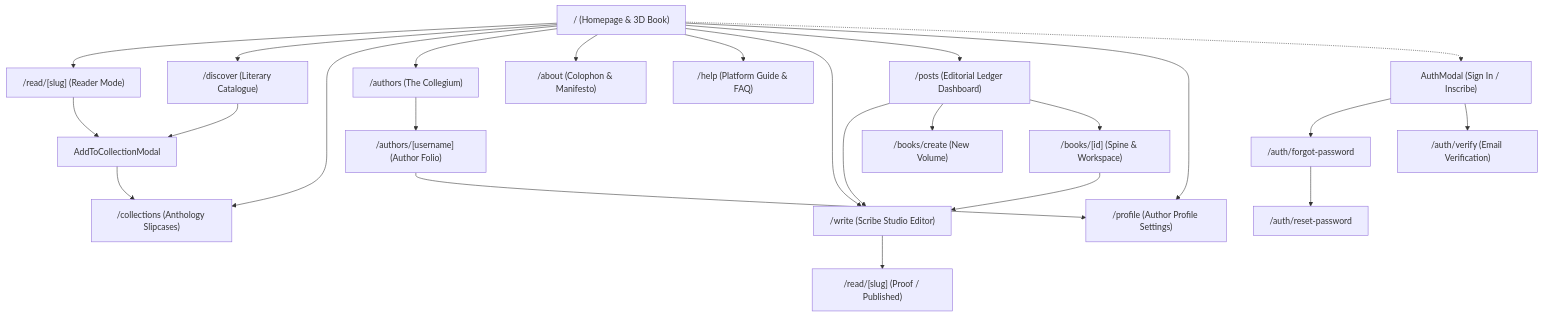
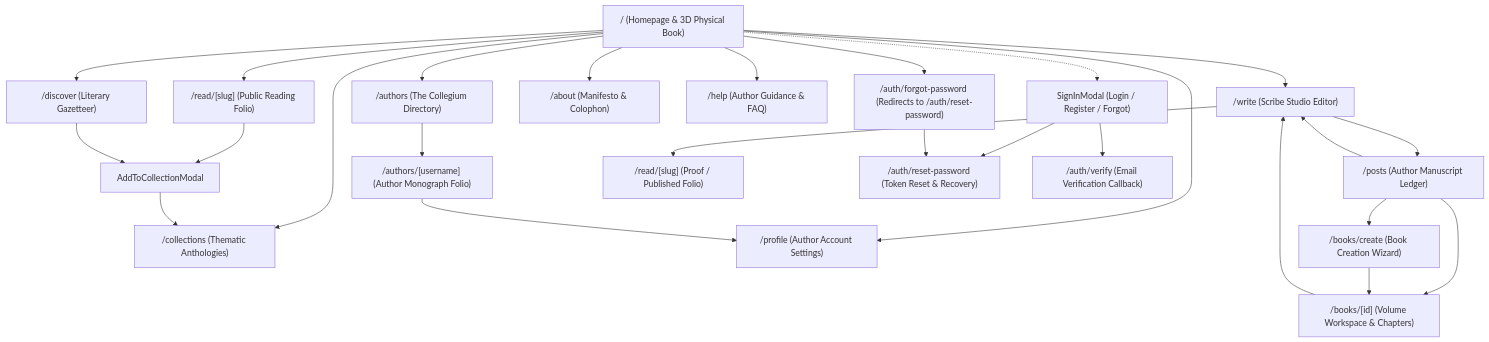
The first of 5 diagrams in docs/PAGE_AND_NAVIGATION_MAP.md (SarveshS1407/inkforge), drawn with Mermaid before and after one commit. The commit also changed other lines of this file and 3 other files, not shown here.

Commit message:
docs: complete application documentation handbook, navigation inventory, feature reference, and user journeys

````diff
--- a/docs/PAGE_AND_NAVIGATION_MAP.md
+++ b/docs/PAGE_AND_NAVIGATION_MAP.md
@@ -9,41 +10,39 @@
 ```mermaid
 flowchart TD
-    Home["/ (Homepage & 3D Book)"]
+    Home["/ (Homepage & 3D Physical Book)"]
 
-    %% Primary Public Destinations
-    Home --> Read["/read/[slug] (Reader Mode)"]
-    Home --> Discover["/discover (Literary Catalogue)"]
-    Home --> Collections["/collections (Anthology Slipcases)"]
-    Home --> Authors["/authors (The Collegium)"]
-    Home --> About["/about (Colophon & Manifesto)"]
-    Home --> Help["/help (Platform Guide & FAQ)"]
+    %% Primary Navigation Hub
+    Home --> Read["/read/[slug] (Public Reading Folio)"]
+    Home --> Discover["/discover (Literary Gazetteer)"]
+    Home --> Write["/write (Scribe Studio Editor)"]
+    Home --> Collections["/collections (Thematic Anthologies)"]
+    Home --> Authors["/authors (The Collegium Directory)"]
+    Home --> About["/about (Manifesto & Colophon)"]
+    Home --> Help["/help (Author Guidance & FAQ)"]
 
-    %% Authors Sub-routes
-    Authors --> AuthorProfile["/authors/[username] (Author Folio)"]
+    %% Authors & Profiles
+    Authors --> AuthorFolio["/authors/[username] (Author Monograph Folio)"]
+    Home --> Profile["/profile (Author Account Settings)"]
+    AuthorFolio --> Profile
 
-    %% Studio Routes (Creator Desk)
-    Home --> Write["/write (Scribe Studio Editor)"]
-    Home --> Posts["/posts (Editorial Ledger Dashboard)"]
+    %% Creator Desk & Volumes
+    Write --> Posts["/posts (Author Manuscript Ledger)"]
     Posts --> Write
-    Write --> ReadPreview["/read/[slug] (Proof / Published)"]
+    Posts --> BookCreate["/books/create (Book Creation Wizard)"]
+    Posts --> BookView["/books/[id] (Volume Workspace & Chapters)"]
+    BookView --> Write
+    BookCreate --> BookView
 
-    %% Book Workspace Routes
-    Posts --> BookCreate["/books/create (New Volume)"]
-    Posts --> BookWorkspace["/books/[id] (Spine & Workspace)"]
-    BookWorkspace --> Write
+    %% Reader & Curation
+    Read --> AddToCollection["AddToCollectionModal"]
+    Discover --> AddToCollection
+    AddToCollection --> Collections
+    Write --> ReadProof["/read/[slug] (Proof / Published Folio)"]
 
-    %% User & Profile Routes
-    Home --> Profile["/profile (Author Profile Settings)"]
-    AuthorProfile --> Profile
-
-    %% Authentication Flows
-    Home -.-> AuthModal["AuthModal (Sign In / Inscribe)"]
-    AuthModal --> ForgotPass["/auth/forgot-password"]
-    ForgotPass --> ResetPass["/auth/reset-password"]
-    AuthModal --> VerifyEmail["/auth/verify (Email Verification)"]
-
-    %% Cross-cutting interactions
-    Discover --> AddToCollection["AddToCollectionModal"]
-    Read --> AddToCollection
-    AddToCollection --> Collections
+    %% Authentication & Recovery
+    Home -.-> SignInModal["SignInModal (Login / Register / Forgot)"]
+    SignInModal --> ResetPass["/auth/reset-password (Token Reset & Recovery)"]
+    SignInModal --> VerifyEmail["/auth/verify (Email Verification Callback)"]
+    Home --> ForgotPassRedirect["/auth/forgot-password (Redirects to /auth/reset-password)"]
+    ForgotPassRedirect --> ResetPass
 ```
````
